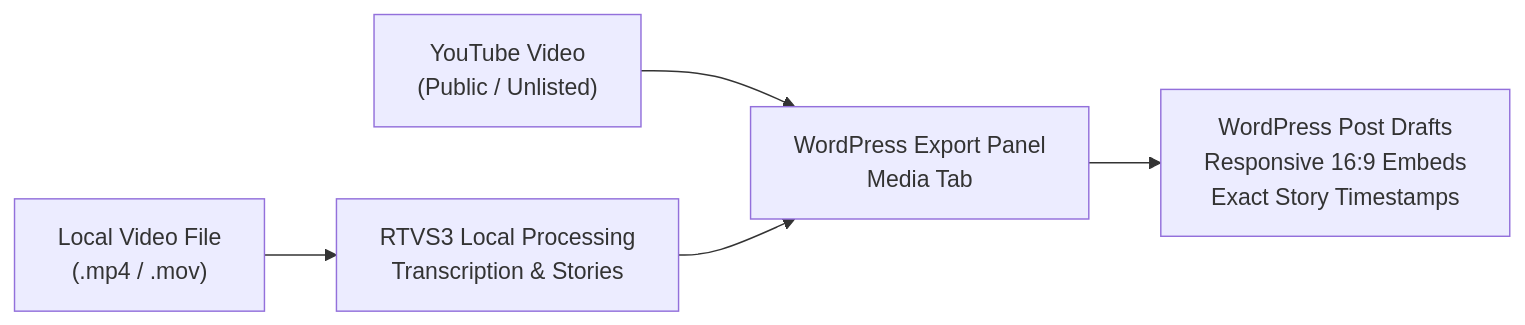
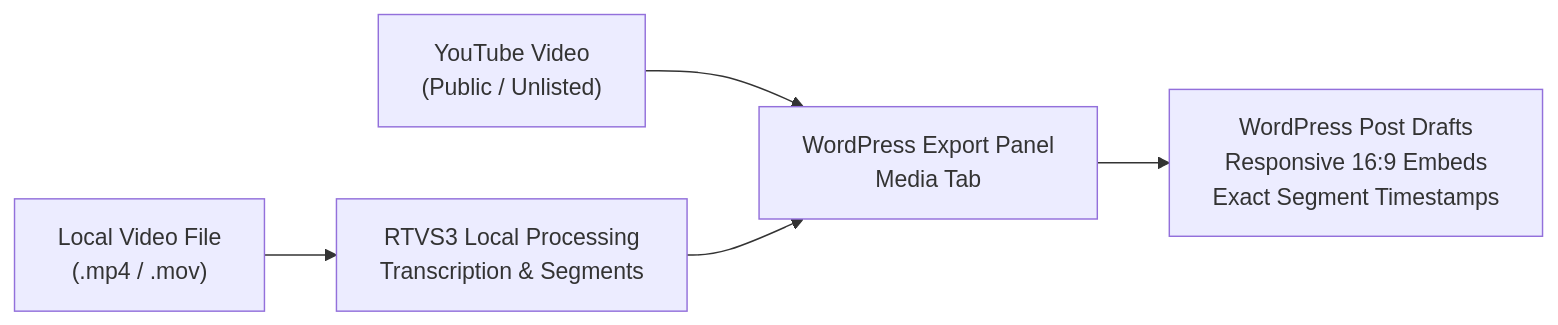
The diagram in docs/guides/video_shows_and_youtube_publishing.md (bradlinder/RTVS3), drawn with Mermaid before and after one commit. The commit also changed other lines of this file and 7 other files, not shown here.

````diff
--- a/docs/guides/video_shows_and_youtube_publishing.md
+++ b/docs/guides/video_shows_and_youtube_publishing.md
@@ -16,7 +16,7 @@
 ```mermaid
 flowchart LR
-    A["Local Video File<br>(.mp4 / .mov)"] --> B["RTVS3 Local Processing<br>Transcription & Stories"]
+    A["Local Video File<br>(.mp4 / .mov)"] --> B["RTVS3 Local Processing<br>Transcription & Segments"]
     C["YouTube Video<br>(Public / Unlisted)"] --> D["WordPress Export Panel<br>Media Tab"]
     B --> D
-    D --> E["WordPress Post Drafts<br>Responsive 16:9 Embeds<br>Exact Story Timestamps"]
+    D --> E["WordPress Post Drafts<br>Responsive 16:9 Embeds<br>Exact Segment Timestamps"]
 ```
````
